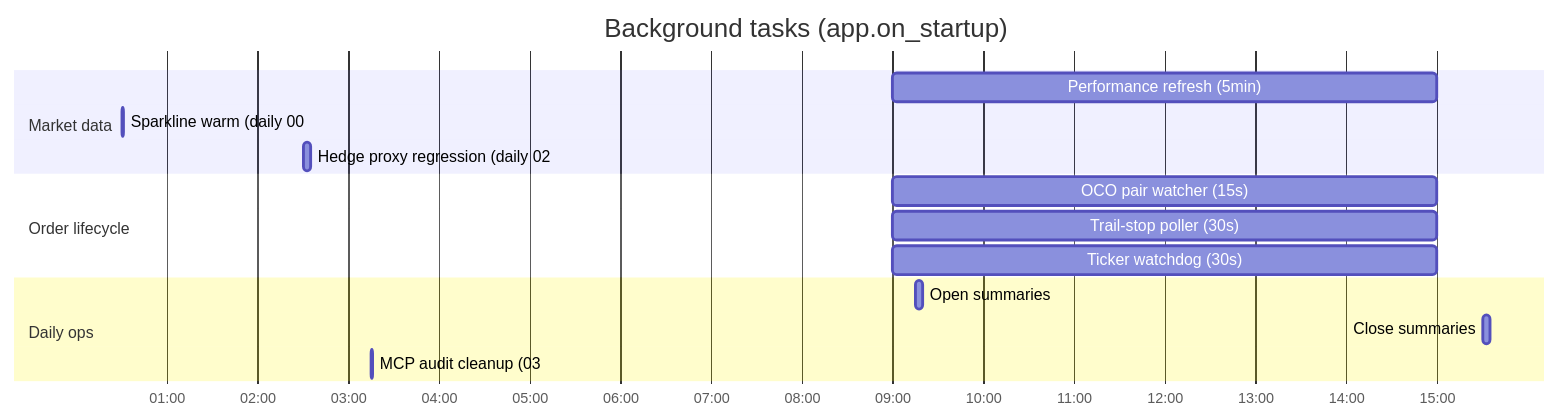
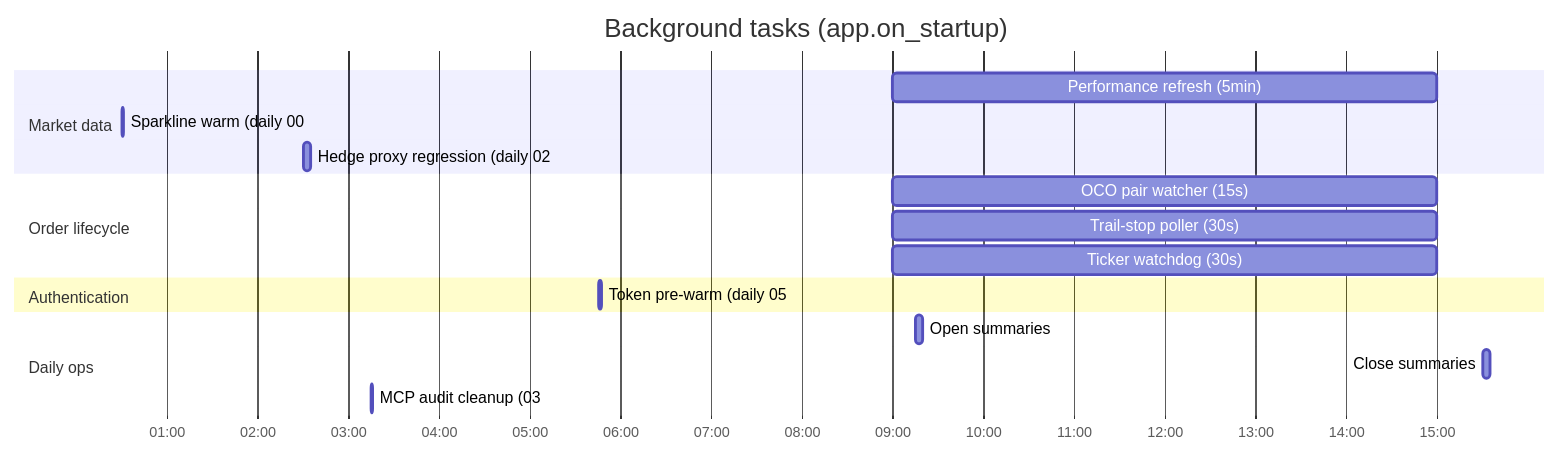
Before and after one commit to RamanaAmbore/algo-trader: diagram 19 of 23 in docs/DESIGN_GUIDE.md, drawn with Mermaid. The commit also changed other lines of this file and 2 other files, not shown here.

````diff
--- a/docs/DESIGN_GUIDE.md
+++ b/docs/DESIGN_GUIDE.md
@@ -2758,18 +2758,20 @@
 ```mermaid
 gantt
     title Background tasks (app.on_startup)
     dateFormat HH:mm
     axisFormat %H:%M
     section Market data
     Performance refresh (5min)  :perf, 09:00, 6h
     Sparkline warm (daily 00:30) :spark, 00:30, 1m
     Hedge proxy regression (daily 02:30) :hp, 02:30, 5m
     section Order lifecycle
     OCO pair watcher (15s)      :oco, 09:00, 6h
     Trail-stop poller (30s)     :trail, 09:00, 6h
     Ticker watchdog (30s)       :tw, 09:00, 6h
+    section Authentication
+    Token pre-warm (daily 05:45) :warm, 05:45, 2m
     section Daily ops
     Open summaries              :open, 09:15, 5m
     Close summaries             :close, 15:30, 5m
     MCP audit cleanup (03:15)   :mcp, 03:15, 1m
 ```
````
